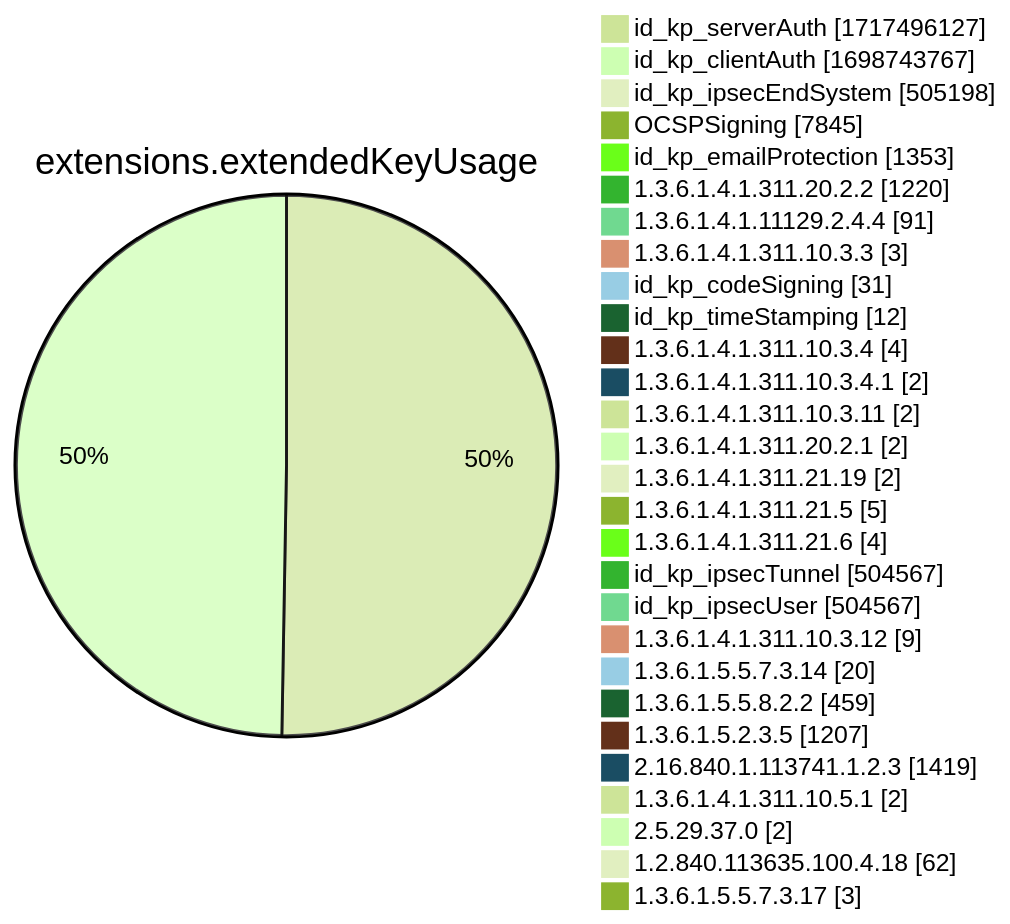
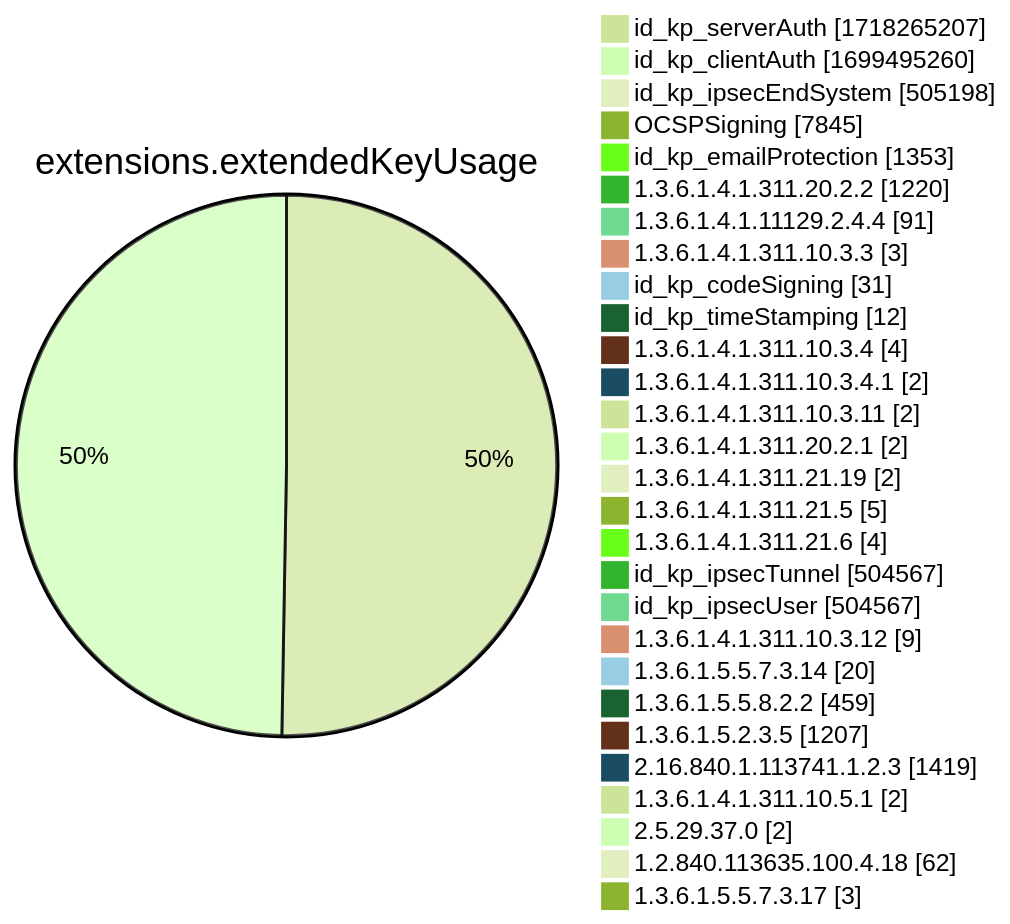
One commit to christiankrug/ctmonitor_visualization changed diagram 12 of 15 in xenon2022/README.md. Above: the diagram before and after it, drawn with Mermaid (forest theme). The commit also changed other lines of this file, not shown here.

````diff
--- a/xenon2022/README.md
+++ b/xenon2022/README.md
@@ -3888,32 +3889,32 @@
 ```mermaid
 pie showData
 title extensions.extendedKeyUsage
-"id_kp_serverAuth" :1717496127
-"id_kp_clientAuth" :1698743767
+"id_kp_serverAuth" :1718265207
+"id_kp_clientAuth" :1699495260
 "id_kp_ipsecEndSystem" :505198
 "OCSPSigning" :7845
 "id_kp_emailProtection" :1353
 "1.3.6.1.4.1.311.20.2.2" :1220
 "1.3.6.1.4.1.11129.2.4.4" :91
 "1.3.6.1.4.1.311.10.3.3" :3
 "id_kp_codeSigning" :31
 "id_kp_timeStamping" :12
 "1.3.6.1.4.1.311.10.3.4" :4
 "1.3.6.1.4.1.311.10.3.4.1" :2
 "1.3.6.1.4.1.311.10.3.11" :2
 "1.3.6.1.4.1.311.20.2.1" :2
 "1.3.6.1.4.1.311.21.19" :2
 "1.3.6.1.4.1.311.21.5" :5
 "1.3.6.1.4.1.311.21.6" :4
 "id_kp_ipsecTunnel" :504567
 "id_kp_ipsecUser" :504567
 "1.3.6.1.4.1.311.10.3.12" :9
 "1.3.6.1.5.5.7.3.14" :20
 "1.3.6.1.5.5.8.2.2" :459
 "1.3.6.1.5.2.3.5" :1207
 "2.16.840.1.113741.1.2.3" :1419
 "1.3.6.1.4.1.311.10.5.1" :2
 "2.5.29.37.0" :2
 "1.2.840.113635.100.4.18" :62
 "1.3.6.1.5.5.7.3.17" :3
 ```
````
